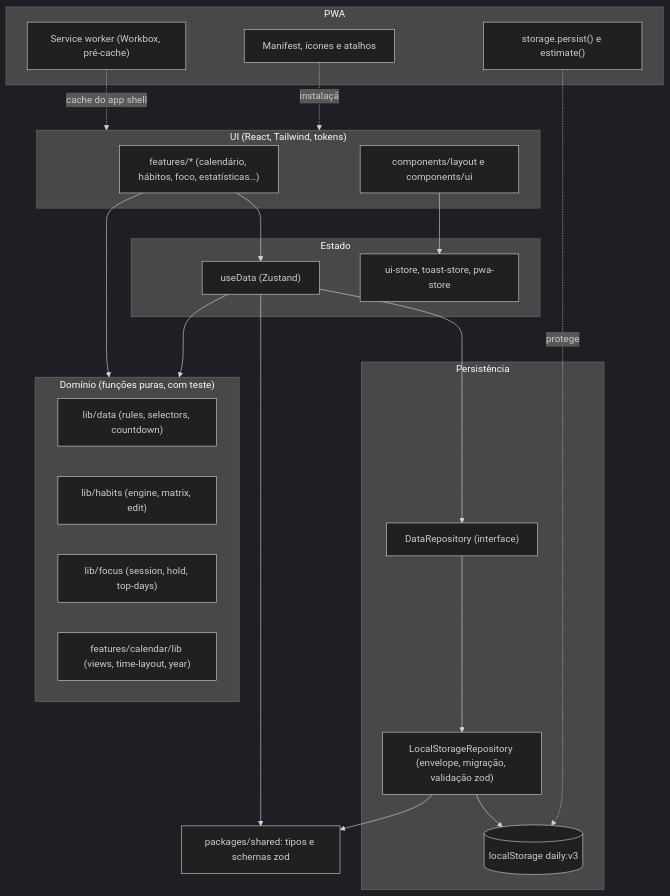
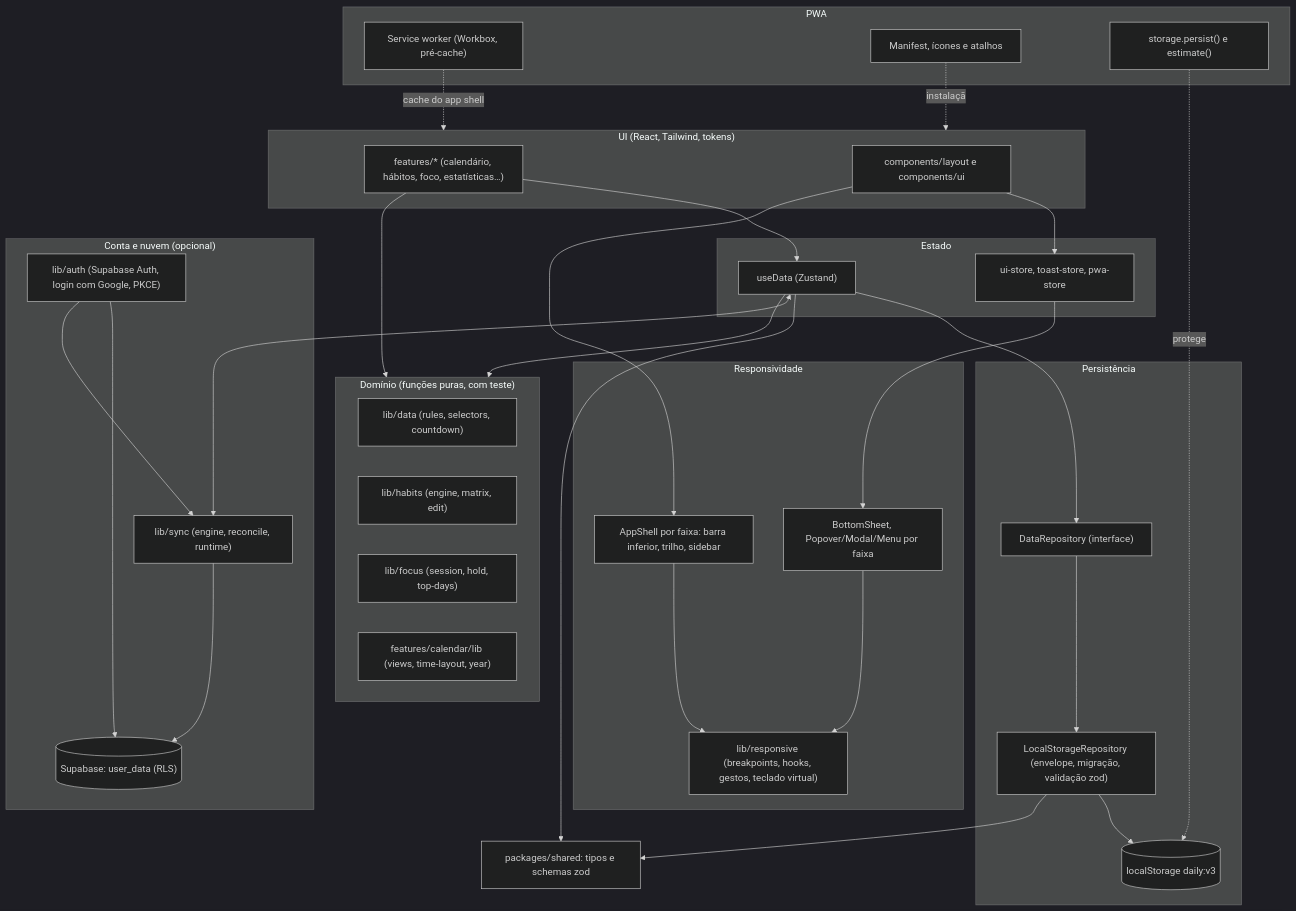
One commit to Mateus-Fonseca847/daily-study-planner changed the diagram in docs/architecture.md. Above: the diagram before and after it, drawn with Mermaid (dark theme). The commit also changed other lines of this file and 13 other files, not shown here.

First line of the commit message:
docs: responsive layout, mobile screenshots, account and sync in the architecture and README

````diff
--- a/docs/architecture.md
+++ b/docs/architecture.md
@@ -7,41 +7,59 @@
 ```mermaid
 flowchart TB
   subgraph UI["UI (React, Tailwind, tokens)"]
     Pages["features/* (calendário, hábitos, foco, estatísticas…)"]
     Layout["components/layout e components/ui"]
   end
   subgraph Domain["Domínio (funções puras, com teste)"]
     Rules["lib/data (rules, selectors, countdown)"]
     Habits["lib/habits (engine, matrix, edit)"]
     Focus["lib/focus (session, hold, top-days)"]
     Cal["features/calendar/lib (views, time-layout, year)"]
   end
   subgraph Store["Estado"]
     Zustand["useData (Zustand)"]
     UiStore["ui-store, toast-store, pwa-store"]
   end
   subgraph Persistence["Persistência"]
     Repo["DataRepository (interface)"]
     LS["LocalStorageRepository (envelope, migração, validação zod)"]
     Storage[("localStorage daily:v3")]
   end
+  subgraph Cloud["Conta e nuvem (opcional)"]
+    Auth["lib/auth (Supabase Auth, login com Google, PKCE)"]
+    Sync["lib/sync (engine, reconcile, runtime)"]
+    Supa[("Supabase: user_data (RLS)")]
+  end
+  subgraph Resp["Responsividade"]
+    Bp["lib/responsive (breakpoints, hooks, gestos, teclado virtual)"]
+    Sheets["BottomSheet, Popover/Modal/Menu por faixa"]
+    Shell["AppShell por faixa: barra inferior, trilho, sidebar"]
+  end
   subgraph PWA["PWA"]
     SW["Service worker (Workbox, pré-cache)"]
     Manifest["Manifest, ícones e atalhos"]
     Persist["storage.persist() e estimate()"]
   end
   Shared["packages/shared: tipos e schemas zod"]
 
   Pages --> Zustand
   Layout --> UiStore
   Pages --> Domain
   Zustand --> Domain
   Zustand --> Repo
   Repo --> LS
   LS --> Storage
   LS --> Shared
   Zustand --> Shared
+  Zustand <--> Sync
+  Sync --> Supa
+  Auth --> Supa
+  Auth --> Sync
+  Layout --> Shell
+  Shell --> Bp
+  Sheets --> Bp
+  UiStore --> Sheets
   SW -.cache do app shell.-> UI
   Persist -.protege.-> Storage
   Manifest -.instalação.-> UI
 ```
````
